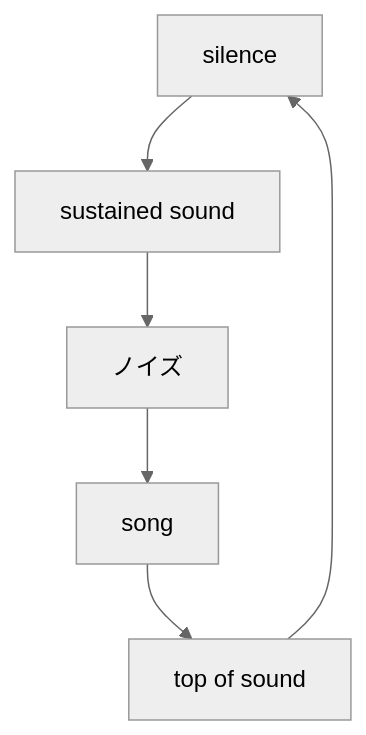
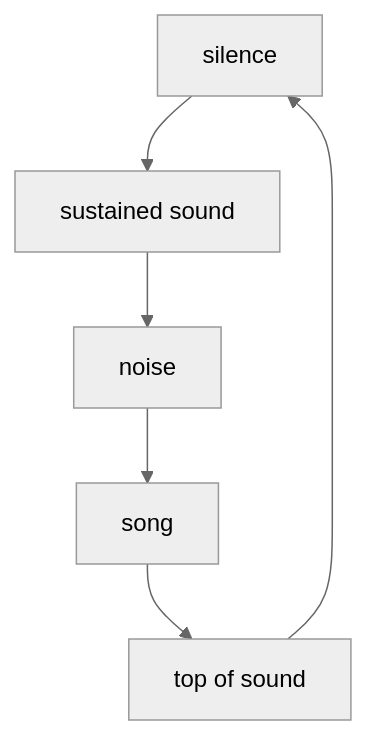
The eighth of 9 diagrams in en/_posts/2026-03-06-column-keiji-haino.md (monumental-movement/monumental-movement.github.io), drawn with Mermaid (neutral theme) before and after one commit. The commit also changed other lines of this file and 851 other files, not shown here.

```diff
--- a/en/_posts/2026-03-06-column-keiji-haino.md
+++ b/en/_posts/2026-03-06-column-keiji-haino.md
@@ -663,17 +663,17 @@
 <div class="mermaid">
 
 graph TD
 
 Silence[silence]
 Drone[sustained sound]
-Noise[ノイズ]
+Noise[noise]
 Voice[song]
 Climax[top of sound]
 
 Silence --> Drone
 Drone --> Noise
 Noise --> Voice
 Voice --> Climax
 Climax --> Silence
 
 </div>
```
